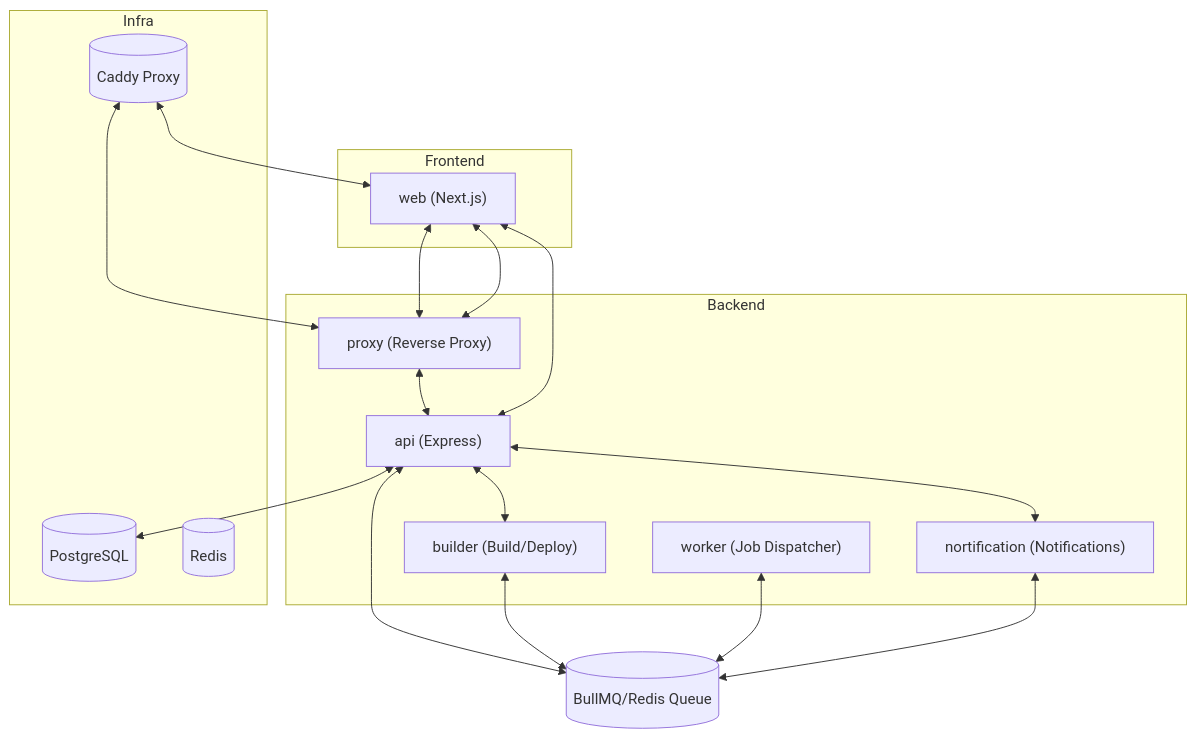
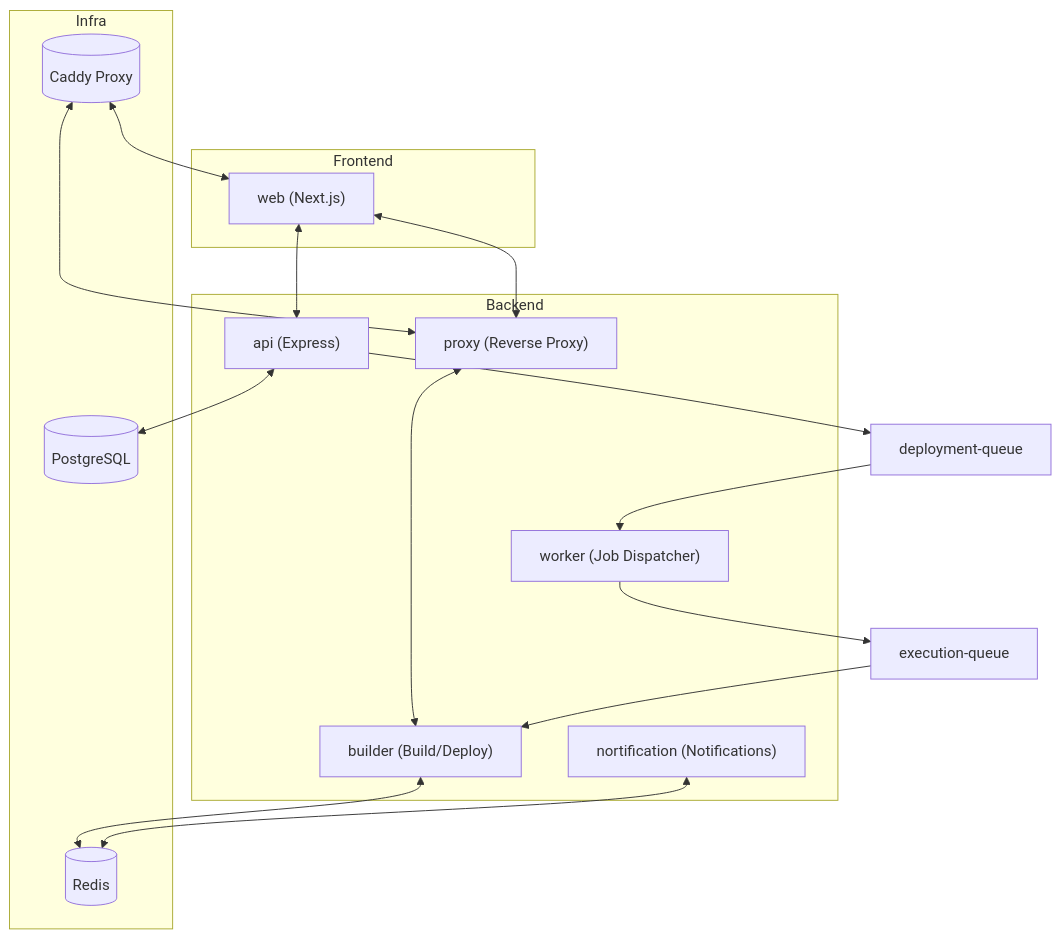
One commit to mintlify-atlas/docs-atlas-cc507a90 changed the diagram in concepts/architecture.mdx. Above: the diagram before and after it, drawn with Mermaid. The commit also changed other lines of this file and 21 other files, not shown here.

Commit message:
docs: review pass — fix SEO metadata, source accuracy, missing env vars, and mermaid diagram

````diff
--- a/concepts/architecture.mdx
+++ b/concepts/architecture.mdx
@@ -54,32 +54,30 @@
 ```mermaid
 flowchart TD
     subgraph Frontend
         Web["web (Next.js)"]
     end
     subgraph Backend
         API["api (Express)"]
         Builder["builder (Build/Deploy)"]
         Proxy["proxy (Reverse Proxy)"]
         Worker["worker (Job Dispatcher)"]
         Notification["nortification (Notifications)"]
     end
     subgraph Infra
         Postgres[("PostgreSQL")]
         Redis[("Redis")]
         Caddy[("Caddy Proxy")]
     end
+    Web <--> API
     Web <--> Proxy
-    Proxy <--> API
+    Proxy <--> Builder
     API <--> Postgres
-    API <--> Queue
-    Builder <--> Queue
-    Worker <--> Queue
-    Notification <--> Queue
-    API <--> Notification
-    API <--> Builder
-    Queue[("BullMQ/Redis Queue")]
-    Web <--> API
-    Proxy <--> Web
+    API --> DeploymentQueue["deployment-queue"]
+    DeploymentQueue --> Worker
+    Worker --> ExecutionQueue["execution-queue"]
+    ExecutionQueue --> Builder
+    Builder <--> Redis
+    Notification <--> Redis
     Caddy <--> Proxy
     Caddy <--> Web
 ```
````
